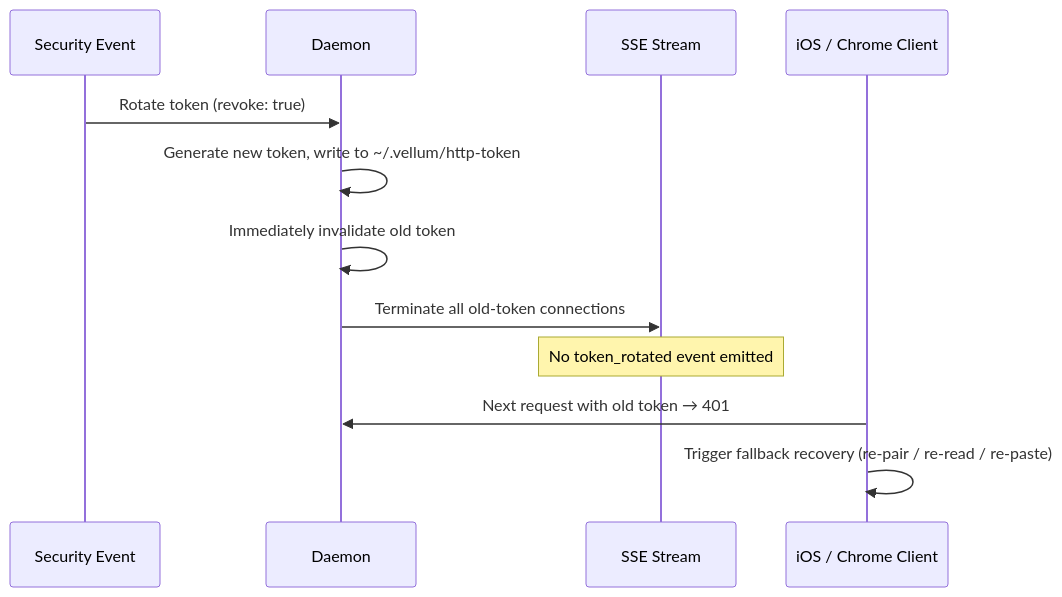
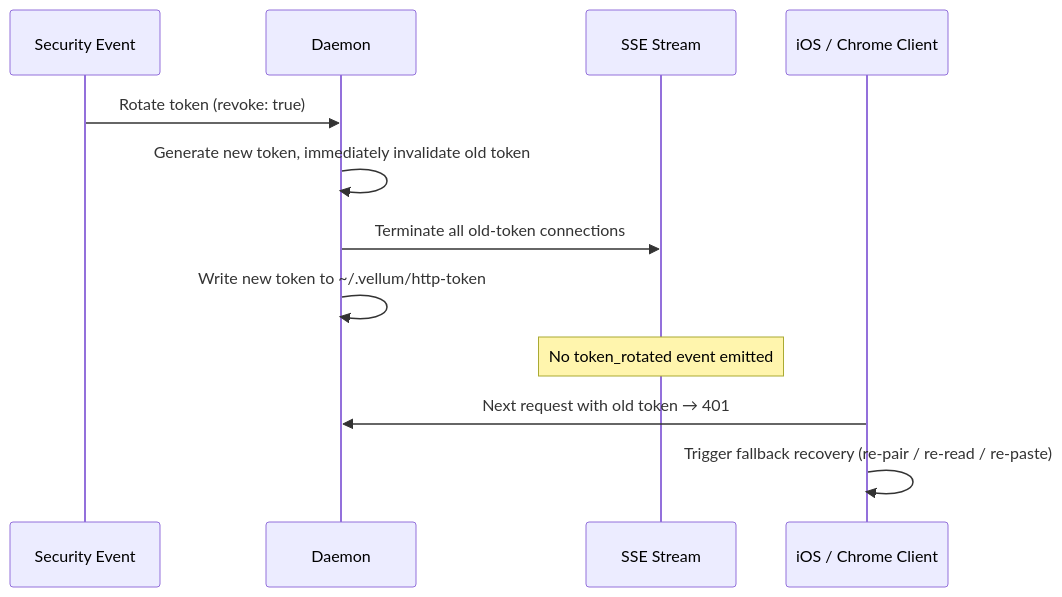
One commit to vellum-ai/vellum-assistant changed the second of 2 diagrams in assistant/docs/architecture/http-token-refresh.md. Above: the diagram before and after it, drawn with Mermaid. The commit also changed other lines of this file, not shown here.

Commit message:
fix: preserve token revocation when disk write fails (#9965)

````diff
--- a/assistant/docs/architecture/http-token-refresh.md
+++ b/assistant/docs/architecture/http-token-refresh.md
@@ -66,15 +66,15 @@
 ```mermaid
 sequenceDiagram
     participant Trigger as Security Event
     participant Daemon as Daemon
     participant SSE as SSE Stream
     participant Client as iOS / Chrome Client
 
     Trigger->>Daemon: Rotate token (revoke: true)
-    Daemon->>Daemon: Generate new token, write to ~/.vellum/http-token
-    Daemon->>Daemon: Immediately invalidate old token
+    Daemon->>Daemon: Generate new token, immediately invalidate old token
     Daemon->>SSE: Terminate all old-token connections
+    Daemon->>Daemon: Write new token to ~/.vellum/http-token
     Note over SSE: No token_rotated event emitted
     Client->>Daemon: Next request with old token → 401
     Client->>Client: Trigger fallback recovery (re-pair / re-read / re-paste)
 ```
````
